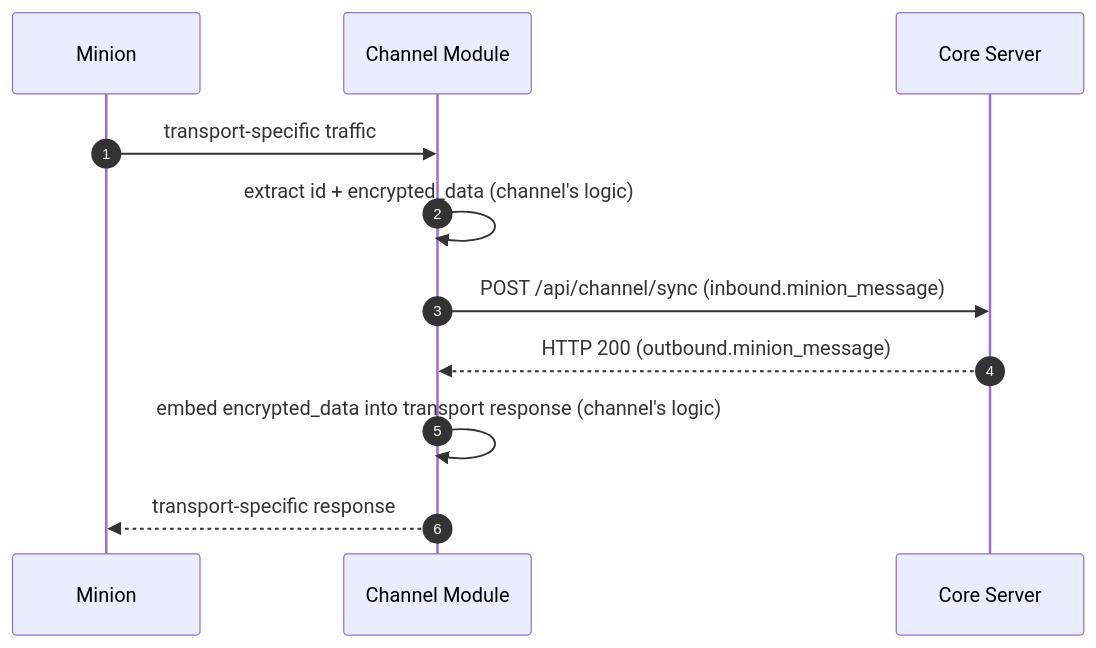
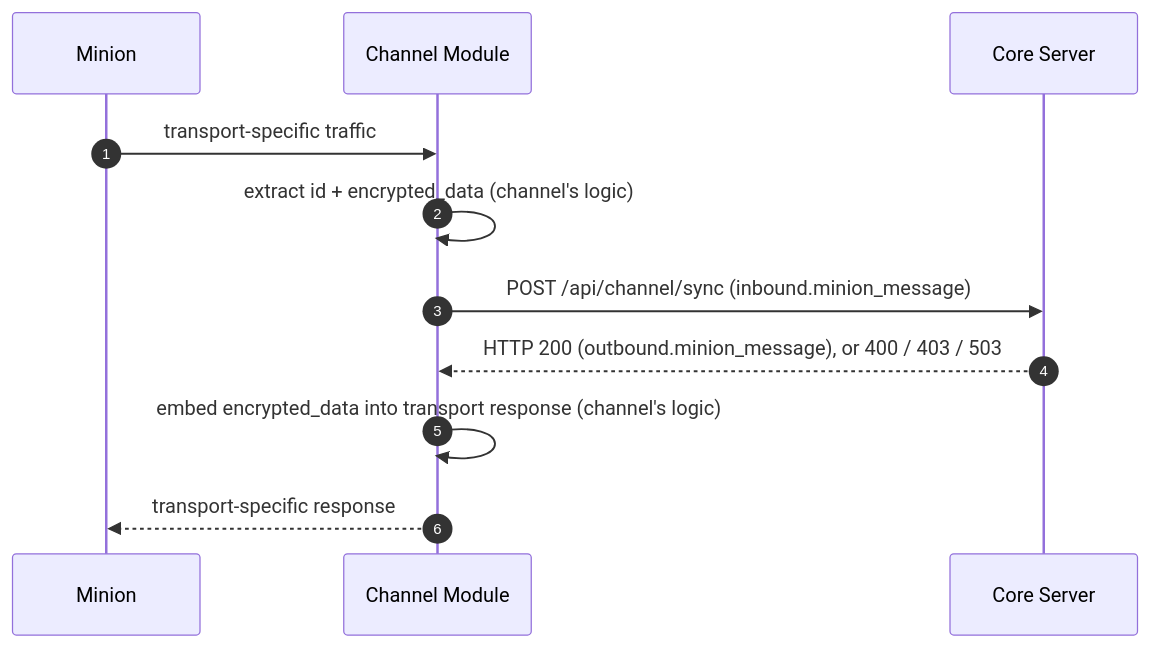
One commit to LogosCore/logos-docs changed the diagram in src/content/docs/message-flow.md. Above: the diagram before and after it, drawn with Mermaid. The commit also changed other lines of this file and 5 other files, not shown here.

````diff
--- a/src/content/docs/message-flow.md
+++ b/src/content/docs/message-flow.md
@@ -20,14 +20,14 @@
 ```mermaid
 sequenceDiagram
     autonumber
     participant I as Minion
     participant CH as Channel Module
     participant CS as Core Server
 
     I->>CH: transport-specific traffic
     CH->>CH: extract id + encrypted_data (channel's logic)
     CH->>CS: POST /api/channel/sync (inbound.minion_message)
-    CS-->>CH: HTTP 200 (outbound.minion_message)
+    CS-->>CH: HTTP 200 (outbound.minion_message), or 400 / 403 / 503
     CH->>CH: embed encrypted_data into transport response (channel's logic)
     CH-->>I: transport-specific response
 ```
````
